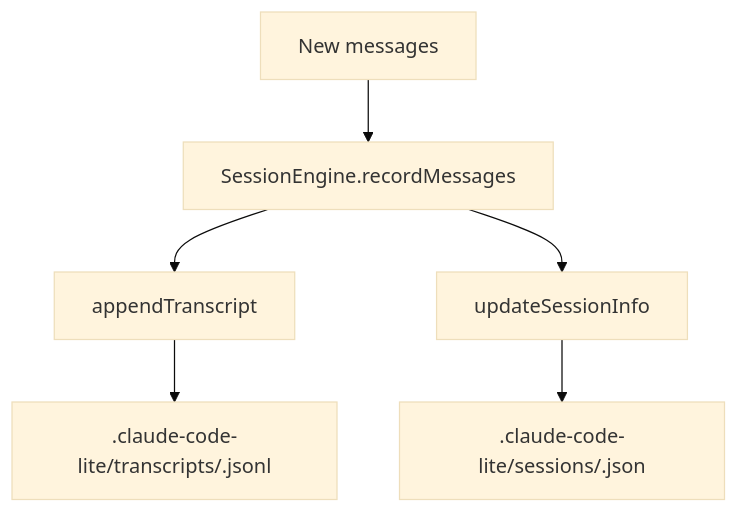
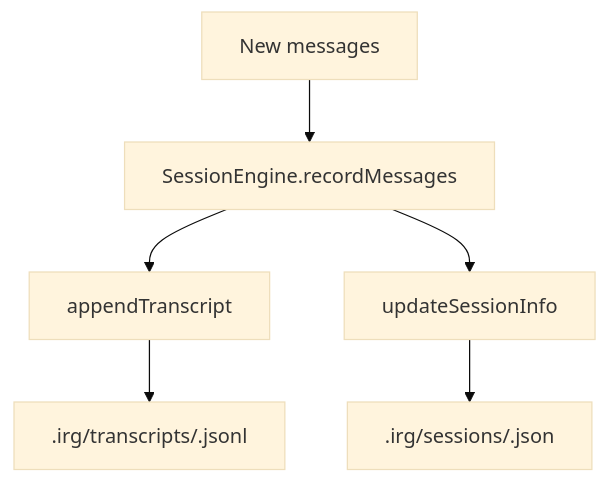
One commit to Alanaysis/Agent_From_Scratch changed the fifth of 6 diagrams in docs/architecture.md. Above: the diagram before and after it, drawn with Mermaid (base theme). The commit also changed other lines of this file and 113 other files, not shown here.

````diff
--- a/docs/architecture.md
+++ b/docs/architecture.md
@@ -333,9 +333,9 @@
 ```mermaid
 flowchart TD
     M[New messages] --> S[SessionEngine.recordMessages]
     S --> T[appendTranscript]
     S --> I[updateSessionInfo]
 
-    T --> TJ[.claude-code-lite/transcripts/<id>.jsonl]
-    I --> SJ[.claude-code-lite/sessions/<id>.json]
+    T --> TJ[.irg/transcripts/<id>.jsonl]
+    I --> SJ[.irg/sessions/<id>.json]
 ```
````
